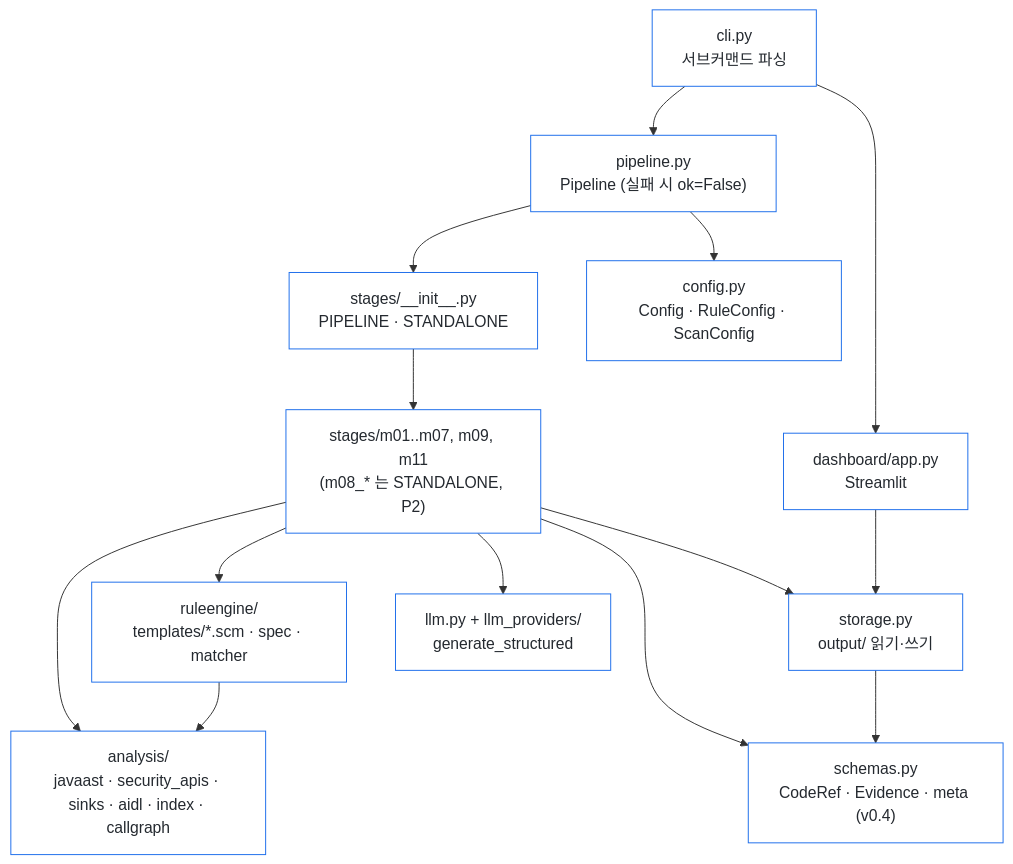
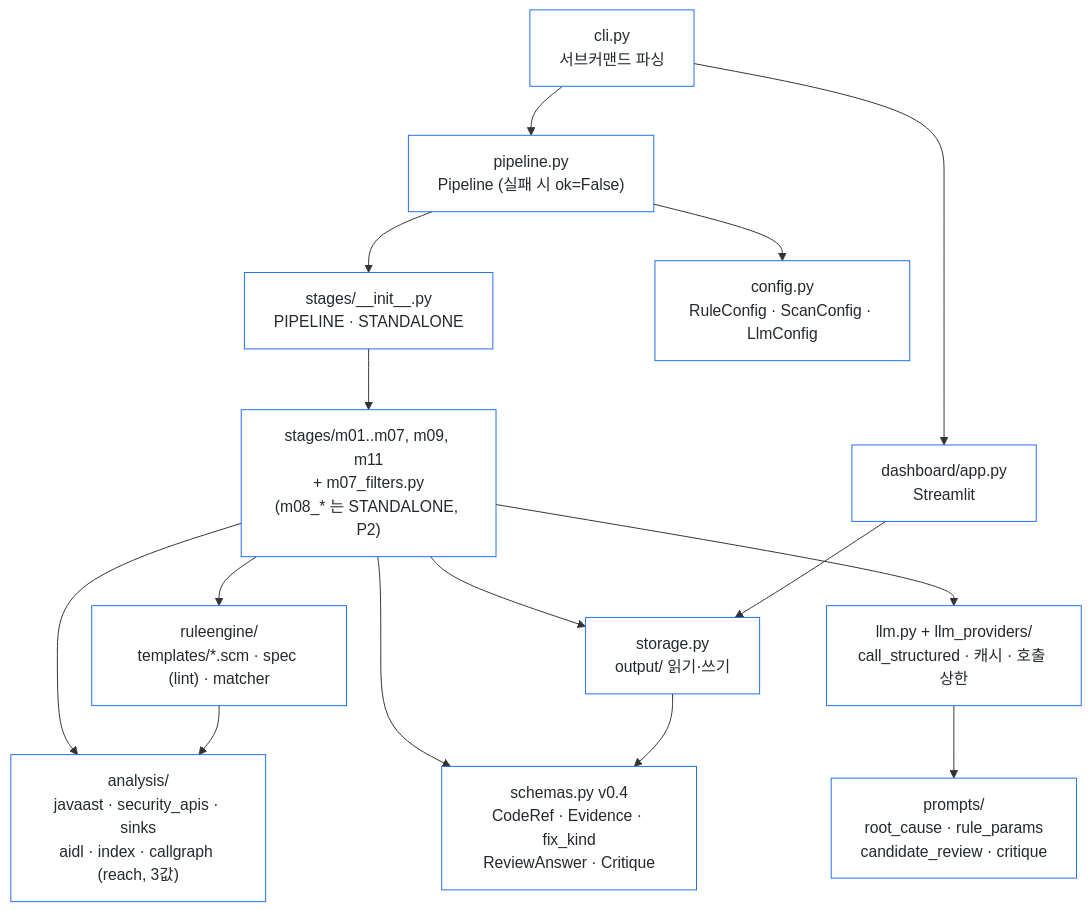
One commit to meonjalgwi/aosp-1day-pipeline changed the fourth of 9 diagrams in docs/architecture.md. Above: the diagram before and after it, drawn with Mermaid. The commit also changed other lines of this file and 3 other files, not shown here.

First line of the commit message:
docs: 구조도 v2.2와 LLM 사용·검증 구조 문서

````diff
--- a/docs/architecture.md
+++ b/docs/architecture.md
@@ -93,19 +153,20 @@
 ```mermaid
 flowchart TB
     cli["cli.py<br/>서브커맨드 파싱"] --> pipe["pipeline.py<br/>Pipeline (실패 시 ok=False)"]
     cli --> dash["dashboard/app.py<br/>Streamlit"]
     pipe --> reg["stages/__init__.py<br/>PIPELINE · STANDALONE"]
-    reg --> stages["stages/m01..m07, m09, m11<br/>(m08_* 는 STANDALONE, P2)"]
-    stages --> analysis["analysis/<br/>javaast · security_apis · sinks · aidl · index · callgraph"]
-    stages --> engine["ruleengine/<br/>templates/*.scm · spec · matcher"]
+    reg --> stages["stages/m01..m07, m09, m11<br/>+ m07_filters.py<br/>(m08_* 는 STANDALONE, P2)"]
+    stages --> analysis["analysis/<br/>javaast · security_apis · sinks<br/>aidl · index · callgraph (reach, 3값)"]
+    stages --> engine["ruleengine/<br/>templates/*.scm · spec (lint) · matcher"]
     engine --> analysis
-    stages --> schemas["schemas.py<br/>CodeRef · Evidence · meta (v0.4)"]
+    stages --> schemas["schemas.py v0.4<br/>CodeRef · Evidence · fix_kind<br/>ReviewAnswer · Critique"]
     stages --> storage["storage.py<br/>output/ 읽기·쓰기"]
-    stages --> llm["llm.py + llm_providers/<br/>generate_structured"]
+    stages --> llm["llm.py + llm_providers/<br/>call_structured · 캐시 · 호출 상한"]
+    llm --> prompts["prompts/<br/>root_cause · rule_params<br/>candidate_review · critique"]
     storage --> schemas
-    pipe --> cfg["config.py<br/>Config · RuleConfig · ScanConfig"]
+    pipe --> cfg["config.py<br/>RuleConfig · ScanConfig · LlmConfig"]
     dash --> storage
 
     classDef f fill:#ffffff,stroke:#1f6feb,color:#24292f;
-    class cli,pipe,dash,reg,stages,analysis,engine,schemas,storage,cfg,llm f;
+    class cli,pipe,dash,reg,stages,analysis,engine,schemas,storage,cfg,llm,prompts f;
 ```
````
